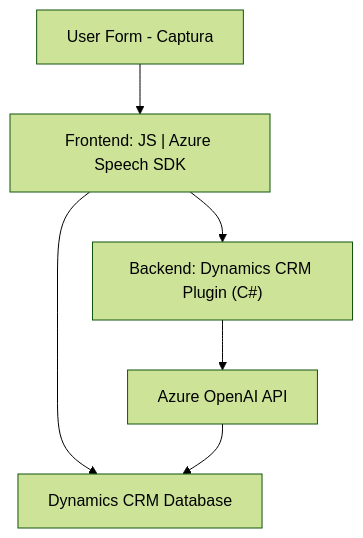
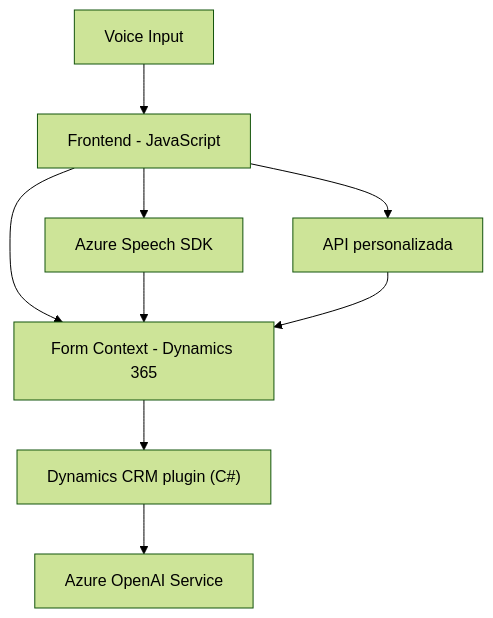
Before and after one commit to blopezdm/NETCORE_BILBAO2025: the diagram in README.md, drawn with Mermaid (forest theme). The commit also changed other lines of this file, not shown here.

````diff
--- a/README.md
+++ b/README.md
@@ -38,14 +45,19 @@
 ```mermaid
 graph TD
-    A["Frontend: JS | Azure Speech SDK"]
-    B["Backend: Dynamics CRM Plugin (C#)"]
-    C["Azure OpenAI API"]
-    D["Dynamics CRM Database"]
-    E["User Form - Captura"]
-    
-    E --> A
-    A --> D
+    A["Frontend - JavaScript"]
+    B["Azure Speech SDK"]
+    C["Dynamics CRM plugin (C#)"]
+    D["Azure OpenAI Service"]
+    E["Form Context - Dynamics 365"]
+    F["Voice Input"]
+    G["API personalizada"]
+
+    F --> A
     A --> B
-    B --> C
+    A --> E
+    A --> G
+    B --> E
+    G --> E
+    E --> C
     C --> D
 ```
````
